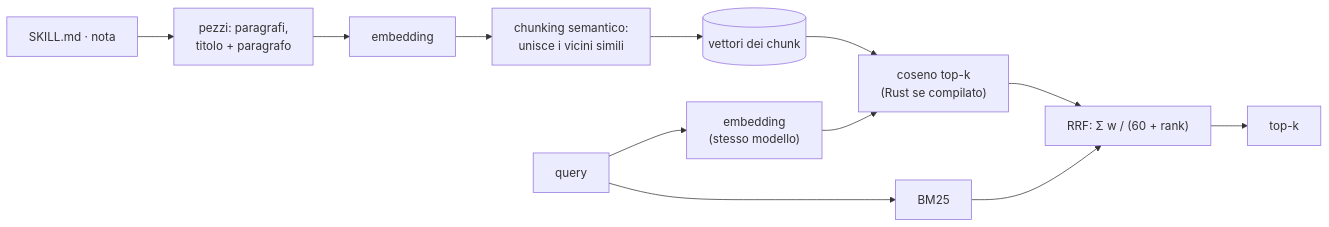
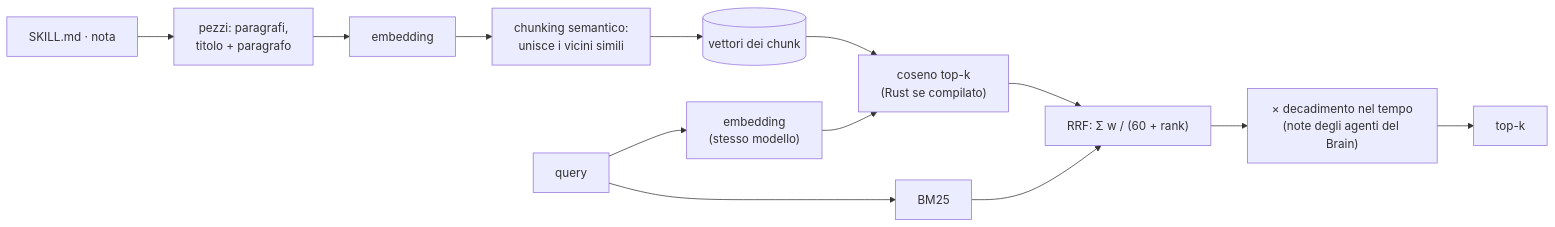
One commit to GiuseppeGiannelli-rgb/agent-world changed the eighth of 11 diagrams in README.md. Above: the diagram before and after it, drawn with Mermaid. The commit also changed other lines of this file and 20 other files, not shown here.

First line of the commit message:
README: the app after spec 11 in diagrams and screenshots; tables in the file viewer

````diff
--- a/README.md
+++ b/README.md
@@ -361,12 +374,12 @@
 ```mermaid
 flowchart LR
     D["SKILL.md · nota"] --> SPL["pezzi: paragrafi,<br/>titolo + paragrafo"]
     SPL --> EMB["embedding"]
     EMB --> MER["chunking semantico:<br/>unisce i vicini simili"]
     MER --> VEC[("vettori dei chunk")]
     Q["query"] --> QE["embedding<br/>(stesso modello)"] --> COS["coseno top-k<br/>(Rust se compilato)"]
     VEC --> COS
     Q --> BM["BM25"]
     COS --> RRF["RRF: Σ w / (60 + rank)"]
-    BM --> RRF --> K["top-k"]
+    BM --> RRF --> DCY["× decadimento nel tempo<br/>(note degli agenti del Brain)"] --> K["top-k"]
 ```
````
